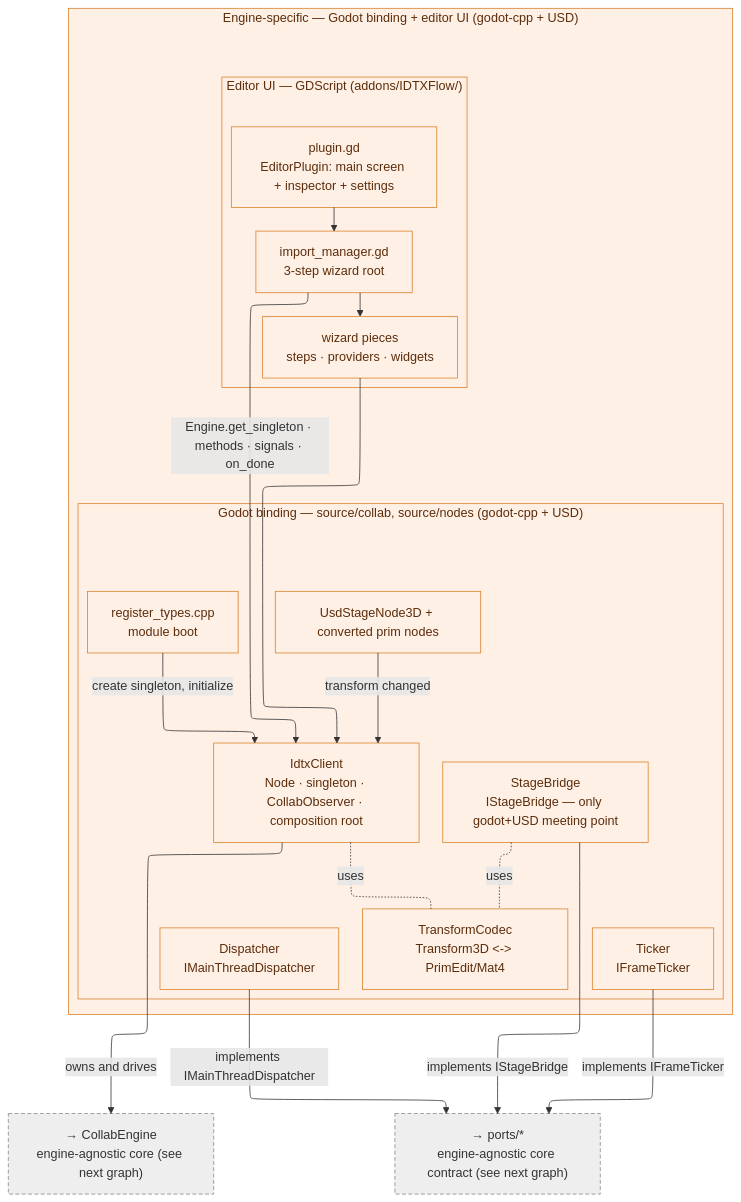
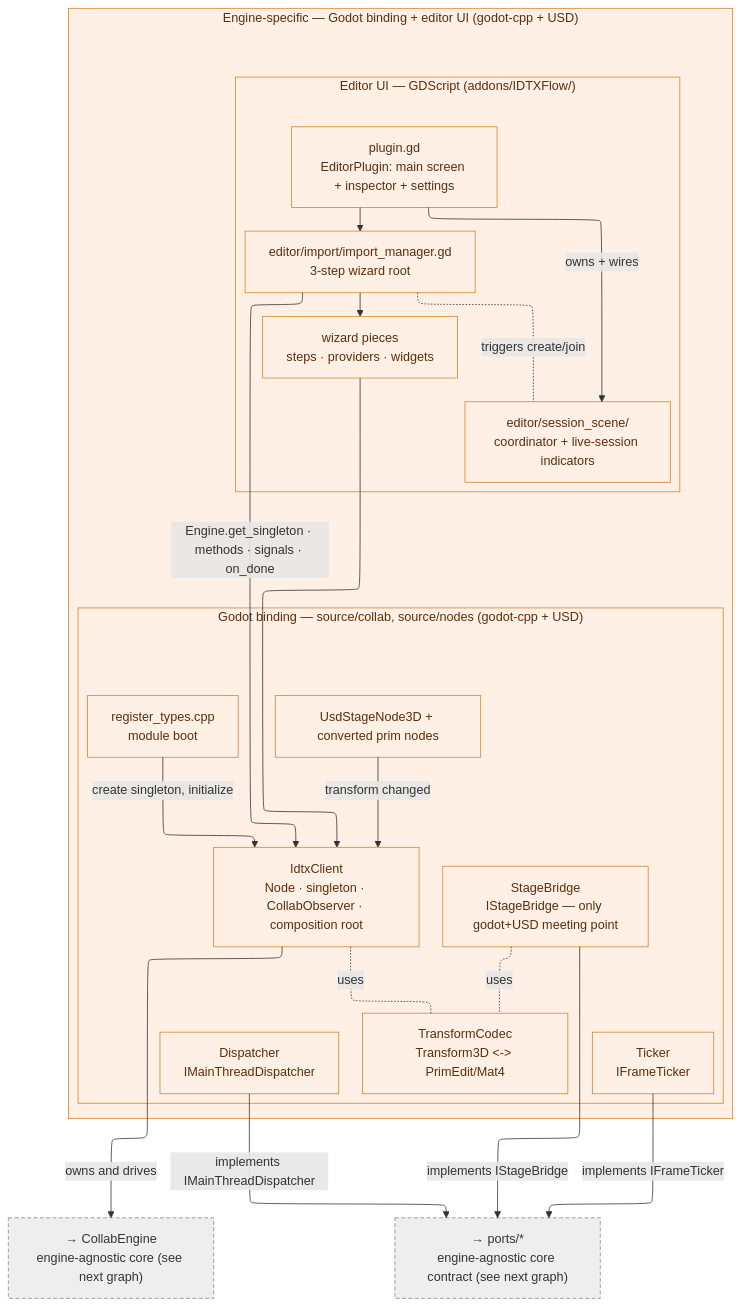
The second of 3 diagrams in docs/collab-client/overview.md (Immersive-Data-Center-Management/idtx-flow), drawn with Mermaid before and after one commit. The commit also changed other lines of this file and 54 other files, not shown here.

````diff
--- a/docs/collab-client/overview.md
+++ b/docs/collab-client/overview.md
@@ -76,47 +76,50 @@
 ```mermaid
 ---
 config:
   layout: elk
 ---
 graph TB
     subgraph ENGINESPECIFIC["Engine-specific — Godot binding + editor UI (godot-cpp + USD)"]
         subgraph UI["Editor UI — GDScript (addons/IDTXFlow/)"]
             PLUGIN["plugin.gd<br/>EditorPlugin: main screen + inspector + settings"]
-            WIZ["import_manager.gd<br/>3-step wizard root"]
+            WIZ["editor/import/import_manager.gd<br/>3-step wizard root"]
             WIZUI["wizard pieces<br/>steps · providers · widgets"]
+            SESS["editor/session_scene/<br/>coordinator + live-session indicators"]
         end
 
         subgraph BIND["Godot binding — source/collab, source/nodes (godot-cpp + USD)"]
             CLIENT["IdtxClient<br/>Node · singleton · CollabObserver · composition root"]
             BRIDGE["StageBridge<br/>IStageBridge — only godot+USD meeting point"]
             CODEC2["TransformCodec<br/>Transform3D &lt;-&gt; PrimEdit/Mat4"]
             DISP["Dispatcher<br/>IMainThreadDispatcher"]
             TICK["Ticker<br/>IFrameTicker"]
             NODES["UsdStageNode3D + converted prim nodes"]
             REG["register_types.cpp<br/>module boot"]
         end
     end
 
     ENGINEREF["→ CollabEngine<br/>engine-agnostic core (see next graph)"]
     PORTSREF["→ ports/*<br/>engine-agnostic core contract (see next graph)"]
 
     PLUGIN --> WIZ
     WIZ --> WIZUI
+    PLUGIN -->|owns + wires| SESS
+    WIZ -.triggers create/join.- SESS
 
     WIZ -->|Engine.get_singleton · methods · signals · on_done| CLIENT
     WIZUI --> CLIENT
     REG -->|create singleton, initialize| CLIENT
     NODES -->|transform changed| CLIENT
     BRIDGE -.uses.- CODEC2
     CLIENT -.uses.- CODEC2
 
     CLIENT -->|owns and drives| ENGINEREF
     BRIDGE -->|implements IStageBridge| PORTSREF
     DISP -->|implements IMainThreadDispatcher| PORTSREF
     TICK -->|implements IFrameTicker| PORTSREF
 
     classDef engine fill:#fff0e6,stroke:#d9822b,color:#5c2d0b;
     classDef ref fill:#eeeeee,stroke:#888888,color:#333333,stroke-dasharray: 5 3;
-    class ENGINESPECIFIC,UI,PLUGIN,WIZ,WIZUI,BIND,CLIENT,BRIDGE,CODEC2,DISP,TICK,NODES,REG engine;
+    class ENGINESPECIFIC,UI,PLUGIN,WIZ,WIZUI,SESS,BIND,CLIENT,BRIDGE,CODEC2,DISP,TICK,NODES,REG engine;
     class ENGINEREF,PORTSREF ref;
 ```
````
